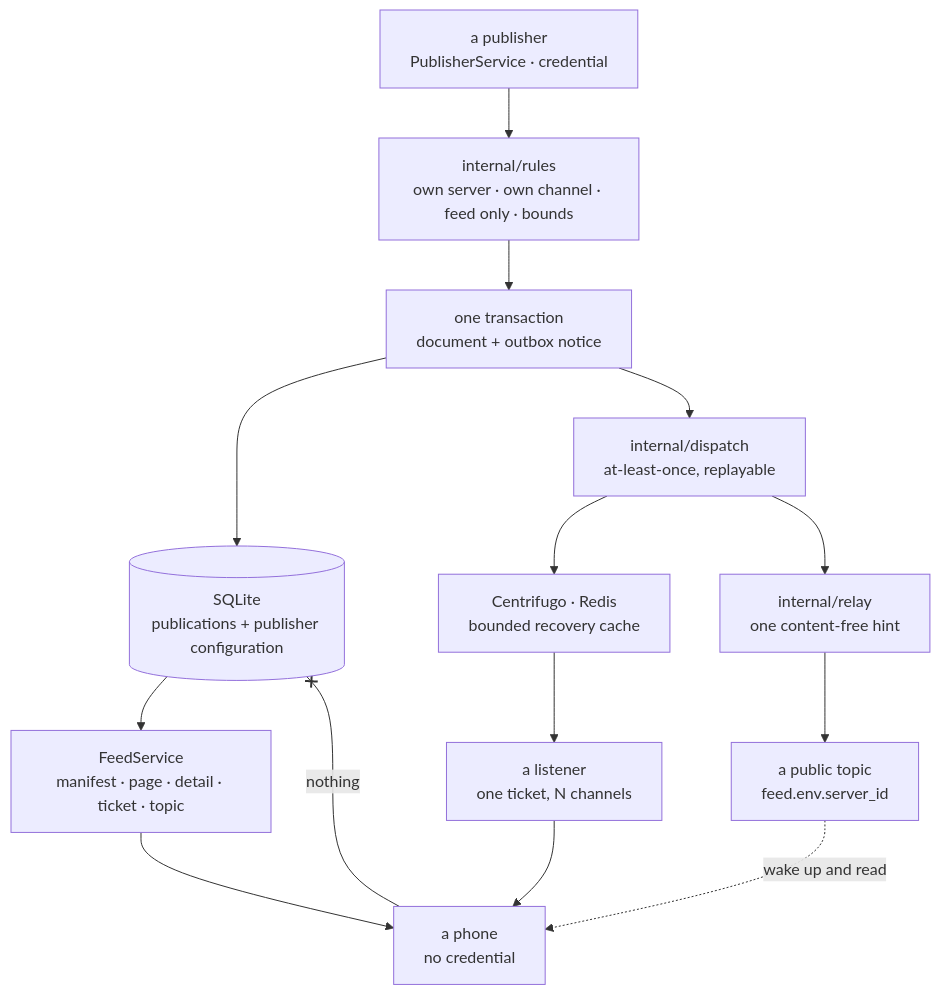
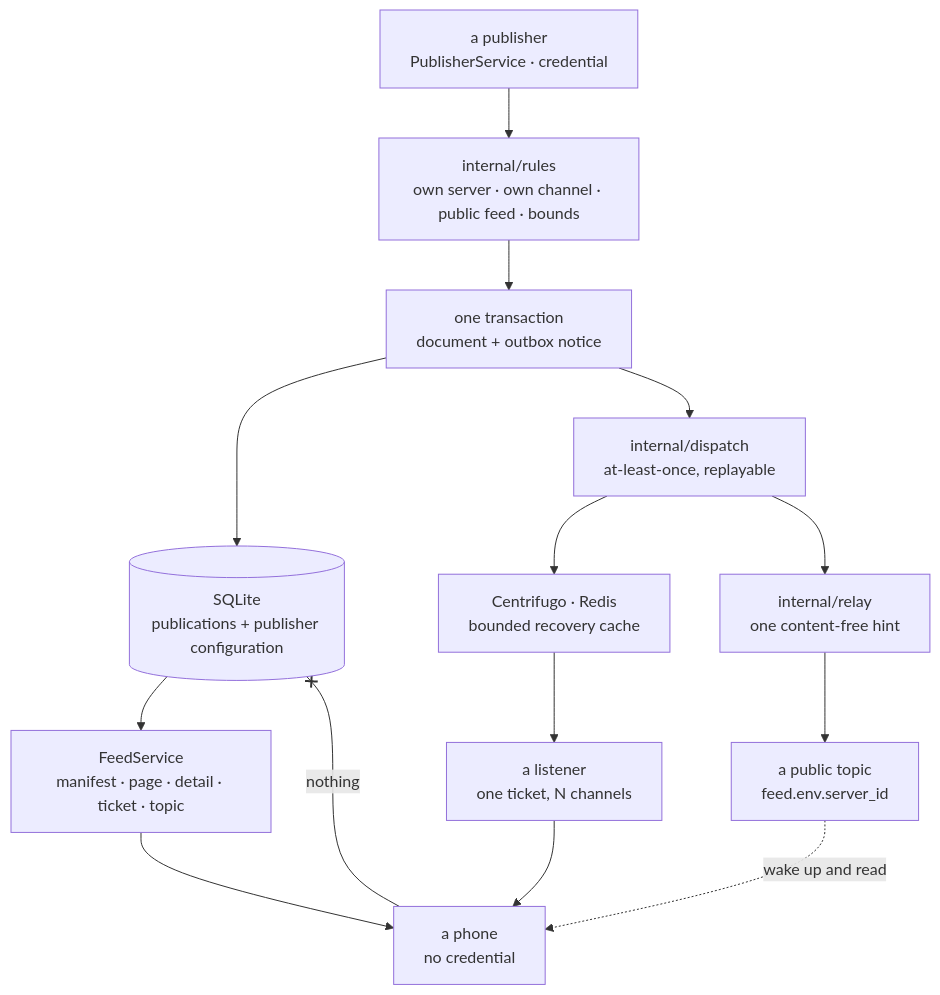
One commit to SeekerAgentConnect/sac changed the tenth of 12 diagrams in docs/architecture.md. Above: the diagram before and after it, drawn with Mermaid. The commit also changed other lines of this file and 177 other files, not shown here.

````diff
--- a/docs/architecture.md
+++ b/docs/architecture.md
@@ -327,16 +330,16 @@
 ```mermaid
 flowchart TB
     Publisher["a publisher<br>PublisherService · credential"] --> Rules
-    Rules["internal/rules<br>own server · own channel · feed only · bounds"] --> Commit
+    Rules["internal/rules<br>own server · own channel · public feed · bounds"] --> Commit
     Commit["one transaction<br>document + outbox notice"] --> Store[("SQLite<br>publications + publisher configuration")]
     Commit --> Drain["internal/dispatch<br>at-least-once, replayable"]
     Drain --> Broker["Centrifugo · Redis<br>bounded recovery cache"]
     Drain --> Relay["internal/relay<br>one content-free hint"]
     Broker --> Listen["a listener<br>one ticket, N channels"]
     Relay --> Topic["a public topic<br>feed.env.server_id"]
     Store --> Read["FeedService<br>manifest · page · detail · ticket · topic"]
     Read --> Phone["a phone<br>no credential"]
     Listen --> Phone
     Topic -. "wake up and read" .-> Phone
     Phone -- "nothing" --x Store
 ```
````
